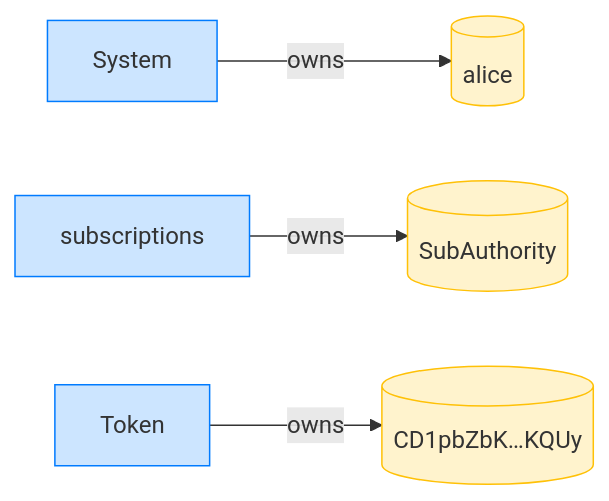
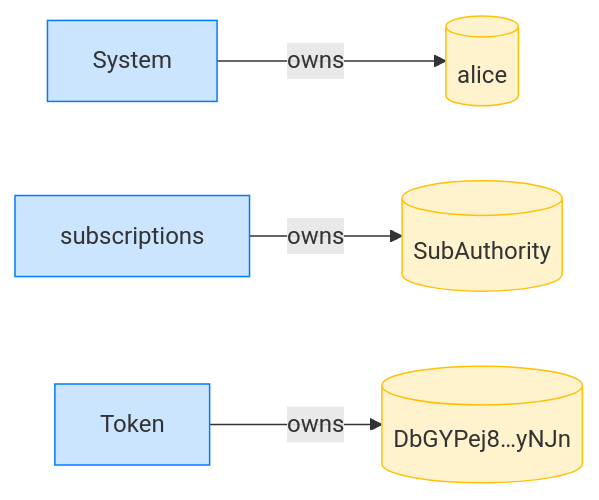
Before and after one commit to cds-rs/subscriptions: diagram 16 of 16 in dsl_tests/recurring-transfer-against-a-re-initialized-authority-is-refused.md, drawn with Mermaid. The commit also changed other lines of this file and 224 other files, not shown here.

````diff
--- a/dsl_tests/recurring-transfer-against-a-re-initialized-authority-is-refused.md
+++ b/dsl_tests/recurring-transfer-against-a-re-initialized-authority-is-refused.md
@@ -288,14 +304,14 @@
 ```mermaid
 flowchart LR
     classDef owner fill:#cce5ff,stroke:#007bff;
     classDef account fill:#fff3cd,stroke:#ffc107;
     System[System]:::owner
     alice[(alice)]:::account
     subscriptions[subscriptions]:::owner
     SubAuthority[(SubAuthority)]:::account
     Token[Token]:::owner
-    CD1pbZbK_KQUy[("CD1pbZbK…KQUy")]:::account
+    DbGYPej8_yNJn[("DbGYPej8…yNJn")]:::account
     System -->|owns| alice
     subscriptions -->|owns| SubAuthority
-    Token -->|owns| CD1pbZbK_KQUy
+    Token -->|owns| DbGYPej8_yNJn
 ```
````
